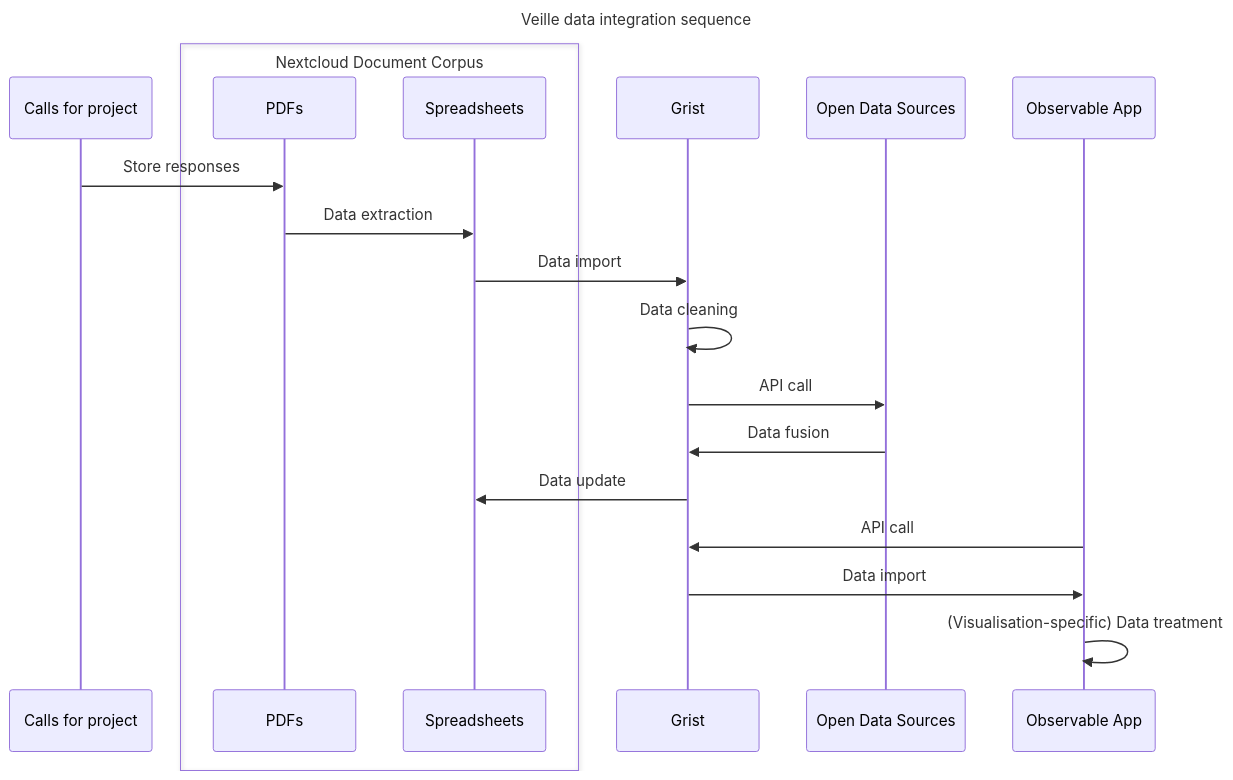
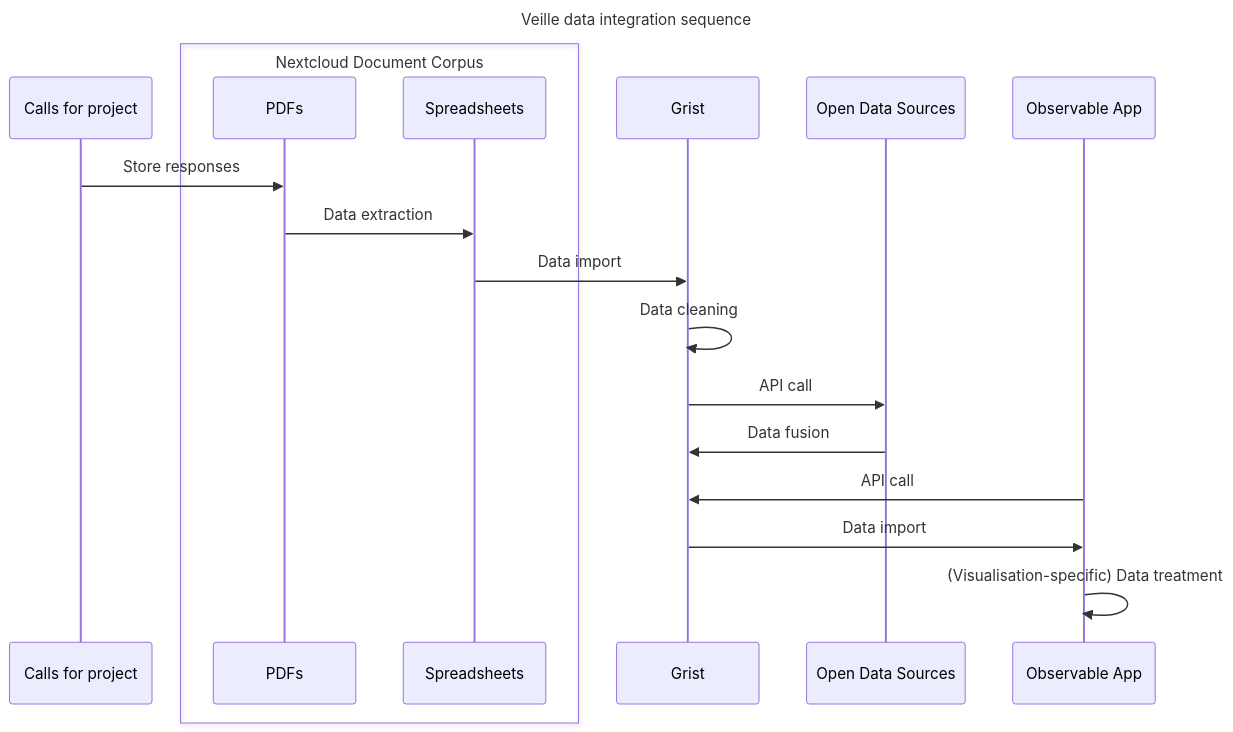
Before and after one commit to VCityTeam/PEPR-VDBI: the second of 2 diagrams in data-visualization/src/index.md, drawn with Mermaid. The commit also changed other lines of this file and 6 other files, not shown here.

Commit message:
update cnu charts with grist data

````diff
--- a/data-visualization/src/index.md
+++ b/data-visualization/src/index.md
@@ -93,46 +93,45 @@
 ```mermaid
 ---
 title: Veille data integration sequence
 config:
   theme: default
 ---
 sequenceDiagram
 
   %% call->>PDFs: Store responses
   %% PDFs->>sheets: Data extraction
   %% sheets->>app: Data import
   %% app->>app: Data cleaning
   %% app->>open: API call
   %% open->>app: Data fusion
   %% app->>sheets: Data update
 
   %% participant call as Calls for project
   %% participant app as Observable App
   %% participant open@{ "type": "database"} as Open Data Sources
 
   %% box Nextcloud Document Corpus
   %%   participant PDFs@{ "type": "collections"}
   %%   participant sheets@{ "type": "collections"} as Spreadsheets
   %% end
 
   call->>PDFs: Store responses
   PDFs->>sh: Data extraction
   sh->>gr: Data import
   gr->>gr: Data cleaning
   gr->>open: API call
   open->>gr: Data fusion
-  gr->>sh: Data update
   app->>gr: API call
   gr->>app: Data import
   app->>app: (Visualisation-specific) Data treatment
 
   participant call as Calls for project
   participant app as Observable App
   participant open as Open Data Sources
   participant gr as Grist
 
   box Nextcloud Document Corpus
     participant PDFs
     participant sh as Spreadsheets
   end
 ```
````
